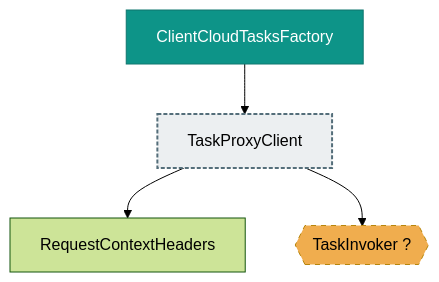
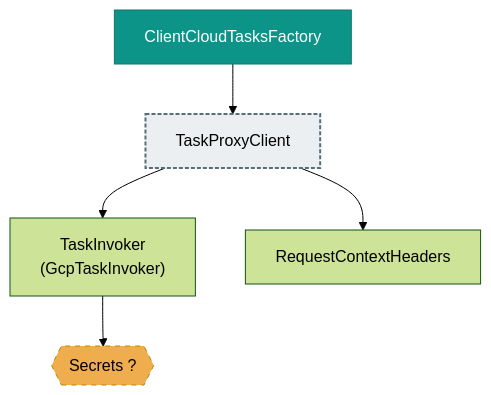
One commit to deanhiller/webpieces-ts changed the diagram in packages/cloud/cloudtasks-client/design.md. Above: the diagram before and after it, drawn with Mermaid (forest theme). The commit also changed other lines of this file and 4 other files, not shown here.

First line of the commit message:
Upgrade @webpieces to 0.3.326; regenerate designs — TaskInvoker resolves to GcpTaskInvoker (#340)

````diff
--- a/packages/cloud/cloudtasks-client/design.md
+++ b/packages/cloud/cloudtasks-client/design.md
@@ -13,17 +13,19 @@
 ```mermaid
 graph TD
     ClientCloudTasksFactory["ClientCloudTasksFactory"]:::apiImpl
+    GcpTaskInvoker["TaskInvoker<br/>(GcpTaskInvoker)"]
     RequestContextHeaders["RequestContextHeaders"]
-    TaskInvoker{{"TaskInvoker ?"}}:::unresolved
+    Secrets{{"Secrets ?"}}:::unresolved
     TaskProxyClient["TaskProxyClient"]:::many
     ClientCloudTasksFactory --> TaskProxyClient
+    GcpTaskInvoker --> Secrets
+    TaskProxyClient --> GcpTaskInvoker
     TaskProxyClient --> RequestContextHeaders
-    TaskProxyClient --> TaskInvoker
     classDef controller fill:#1f6feb,color:#ffffff,stroke:#0d419d
     classDef apiImpl fill:#0d9488,color:#ffffff,stroke:#0f766e
     classDef component fill:#2da44e,color:#ffffff,stroke:#1a7f37
     classDef unresolved fill:#f0ad4e,color:#000000,stroke:#b8860b,stroke-dasharray: 5 5
     classDef external fill:#b39ddb,color:#000000,stroke:#5e35b1,stroke-width:3px
     classDef api fill:#4fc3f7,color:#000000,stroke:#0277bd,stroke-width:3px
     classDef many fill:#eceff1,color:#000000,stroke:#546e7a,stroke-width:2px,stroke-dasharray: 4 2
 ```
````
